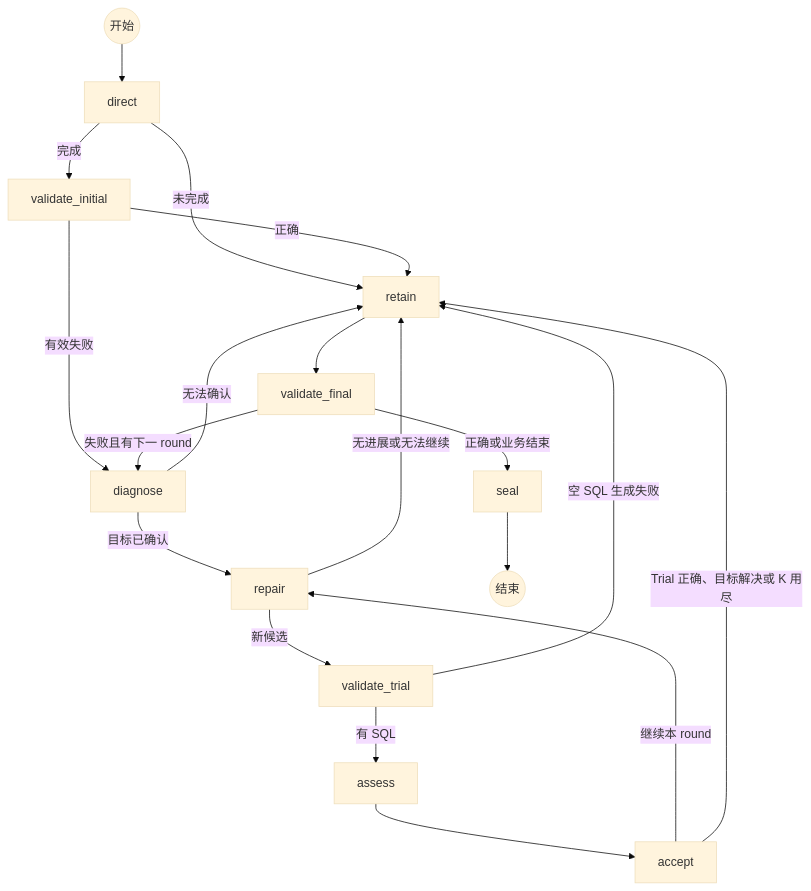
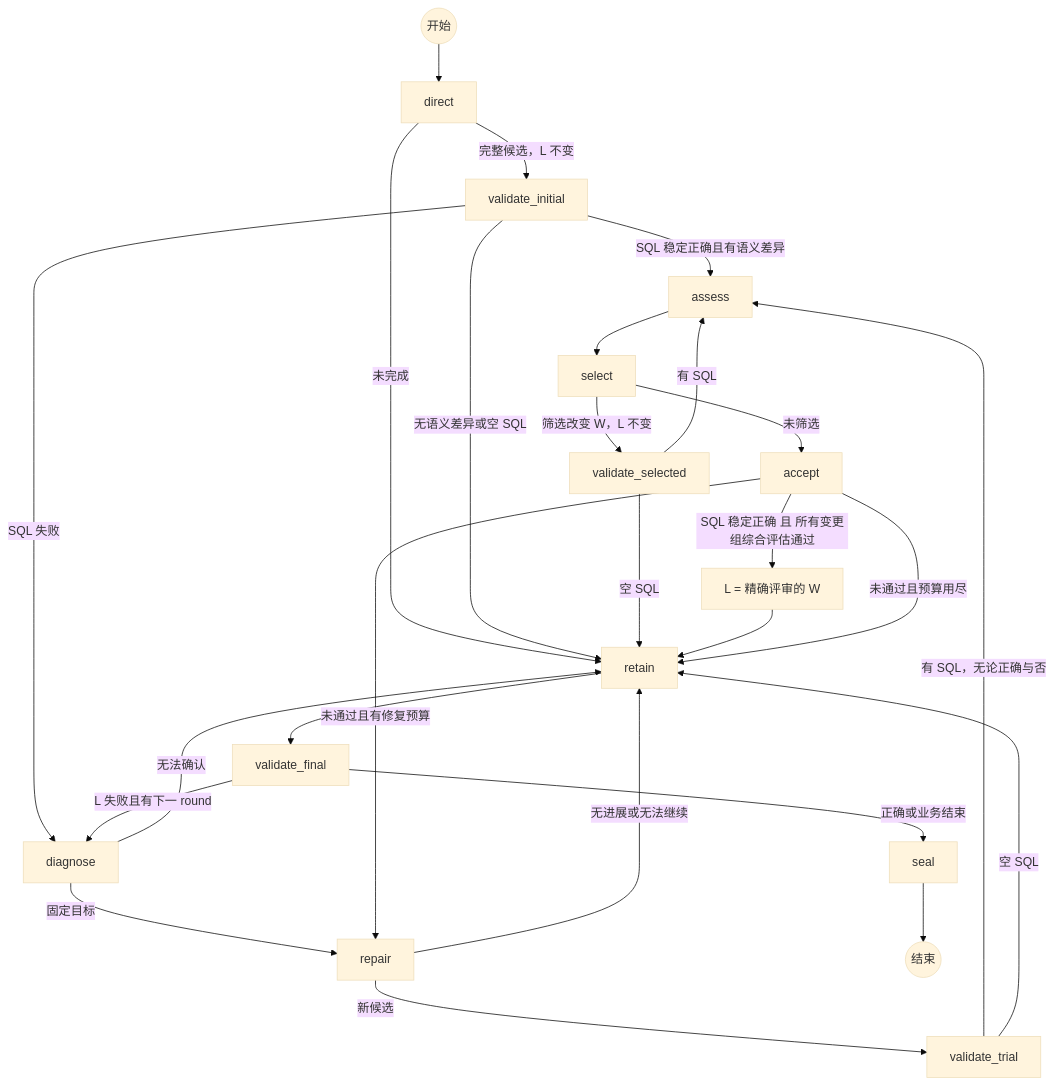
One commit to CTXY/OntoStitch changed the second of 2 diagrams in docs/design/extract-case-agent-loop.md. Above: the diagram before and after it, drawn with Mermaid (base theme). The commit also changed other lines of this file and 508 other files, not shown here.

````diff
--- a/docs/design/extract-case-agent-loop.md
+++ b/docs/design/extract-case-agent-loop.md
@@ -47,21 +47,28 @@
 ```mermaid
 flowchart TD
     START((开始)) --> direct
-    direct -->|完成| validate_initial
+    direct -->|完整候选，L 不变| validate_initial
     direct -->|未完成| retain
-    validate_initial -->|正确| retain
-    validate_initial -->|有效失败| diagnose
-    diagnose -->|目标已确认| repair
+    validate_initial -->|SQL 稳定正确且有语义差异| assess
+    validate_initial -->|SQL 失败| diagnose
+    validate_initial -->|无语义差异或空 SQL| retain
+    diagnose -->|固定目标| repair
     diagnose -->|无法确认| retain
     repair -->|新候选| validate_trial
     repair -->|无进展或无法继续| retain
-    validate_trial -->|有 SQL| assess
-    validate_trial -->|空 SQL 生成失败| retain
-    assess --> accept
-    accept -->|继续本 round| repair
-    accept -->|Trial 正确、目标解决或 K 用尽| retain
+    validate_trial -->|有 SQL，无论正确与否| assess
+    validate_trial -->|空 SQL| retain
+    assess --> select
+    select -->|筛选改变 W，L 不变| validate_selected
+    validate_selected -->|有 SQL| assess
+    validate_selected -->|空 SQL| retain
+    select -->|未筛选| accept
+    accept -->|SQL 稳定正确 且 所有变更组综合评估通过| L["L = 精确评审的 W"]
+    L --> retain
+    accept -->|未通过且有修复预算| repair
+    accept -->|未通过且预算用尽| retain
     retain --> validate_final
-    validate_final -->|失败且有下一 round| diagnose
+    validate_final -->|L 失败且有下一 round| diagnose
     validate_final -->|正确或业务结束| seal
     seal --> END((结束))
 ```
````
